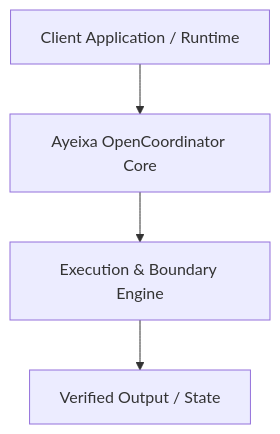
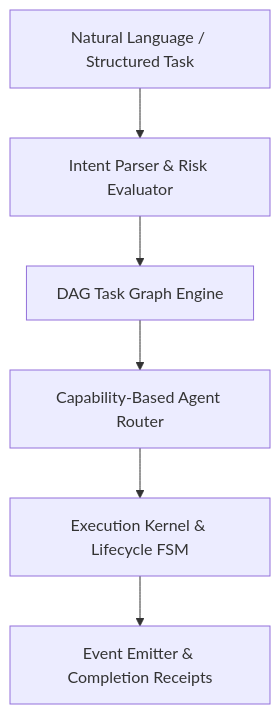
One commit to alpallovy/ayeixa-open-coordinator changed the diagram in ARCHITECTURE.md. Above: the diagram before and after it, drawn with Mermaid. The commit also changed other lines of this file and 18 other files, not shown here.

````diff
--- a/ARCHITECTURE.md
+++ b/ARCHITECTURE.md
@@ -7,6 +7,8 @@
 ```mermaid
 flowchart TD
-    Client["Client Application / Runtime"] --> Router["Ayeixa OpenCoordinator Core"]
-    Router --> Engine["Execution & Boundary Engine"]
-    Engine --> Output["Verified Output / State"]
+    Input["Natural Language / Structured Task"] --> IntentParser["Intent Parser & Risk Evaluator"]
+    IntentParser --> GraphEngine["DAG Task Graph Engine"]
+    GraphEngine --> Router["Capability-Based Agent Router"]
+    Router --> Kernel["Execution Kernel & Lifecycle FSM"]
+    Kernel --> Events["Event Emitter & Completion Receipts"]
 ```
````
